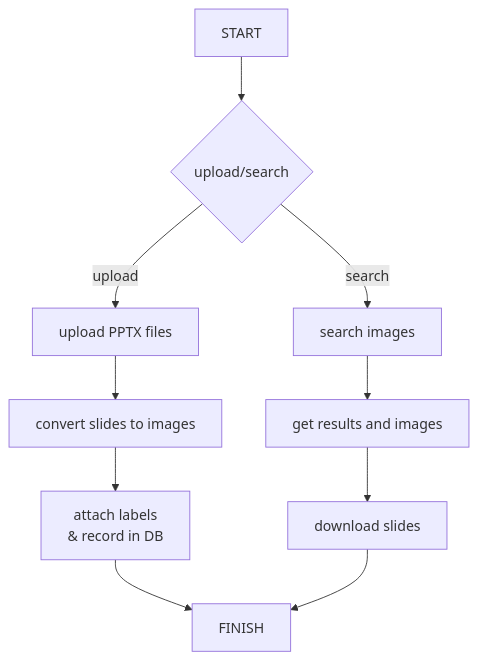
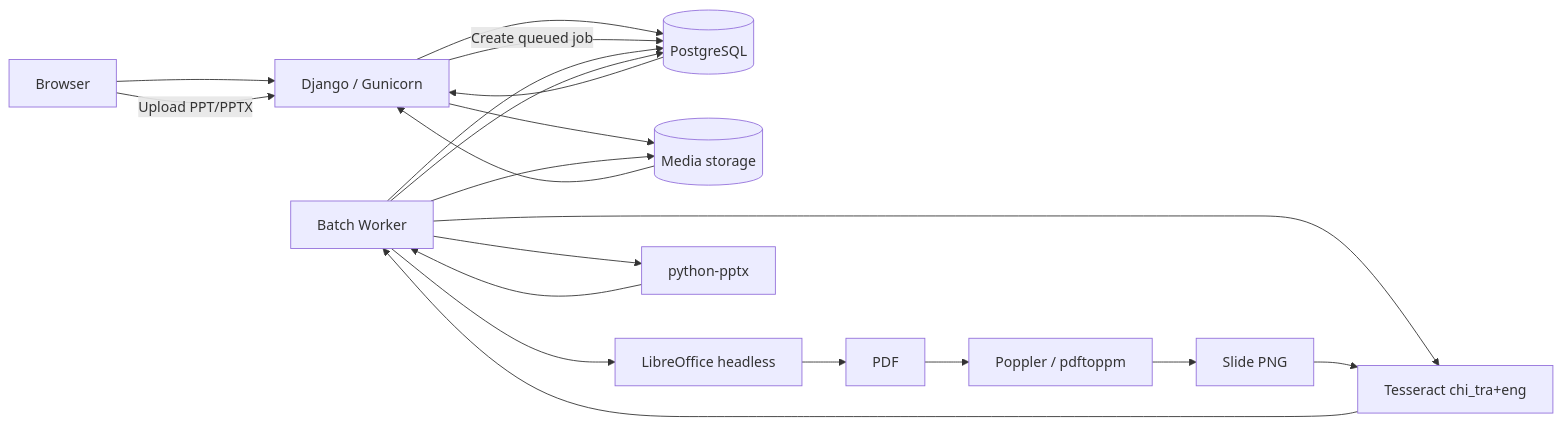
Before and after one commit to linjose/ix3-TMT: the diagram in README.md, drawn with Mermaid. The commit also changed other lines of this file and 66 other files, not shown here.

````diff
--- a/README.md
+++ b/README.md
@@ -5,8 +64,25 @@
 ```mermaid
-flowchart TD
-    A[START] --> B{upload/search}
-    B -- upload --> C[upload PPTX files] --> C1[convert slides to images] --> C2[attach labels <br> & record in DB]
-    B -- search --> D[search images] --> D1[get results and images] --> D2[download slides]
-    C2 --> E[FINISH]
-    D2 --> E[FINISH]
+flowchart LR
+    U[Browser] --> W[Django / Gunicorn]
+    W --> DB[(PostgreSQL)]
+    W --> FS[(Media storage)]
+
+    U -->|Upload PPT/PPTX| W
+    W -->|Create queued job| DB
+
+    WK[Batch Worker] --> DB
+    WK --> LO[LibreOffice headless]
+    LO --> PDF[PDF]
+    PDF --> PP[Poppler / pdftoppm]
+    PP --> IMG[Slide PNG]
+    WK --> PPTX[python-pptx]
+    WK --> OCR[Tesseract chi_tra+eng]
+    IMG --> OCR
+    PPTX --> WK
+    OCR --> WK
+    WK --> DB
+    WK --> FS
+
+    DB --> W
+    FS --> W
 ```
````
